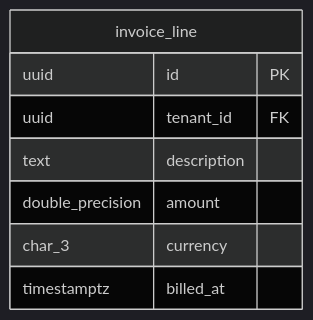
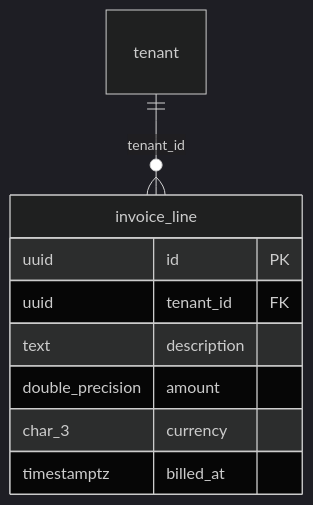
One commit to greenstevester/archlens-postgres changed the diagram in skills/db-architecture-review/examples/out/domains/billing.md. Above: the diagram before and after it, drawn with Mermaid (dark theme). The commit also changed other lines of this file and 28 other files, not shown here.

````diff
--- a/skills/db-architecture-review/examples/out/domains/billing.md
+++ b/skills/db-architecture-review/examples/out/domains/billing.md
@@ -7,11 +7,12 @@
 ```mermaid
 erDiagram
   invoice_line {
     uuid id PK
     uuid tenant_id FK
     text description
     double_precision amount
     char_3 currency
     timestamptz billed_at
   }
+  tenant ||--o{ invoice_line : "tenant_id"
 ```
````
